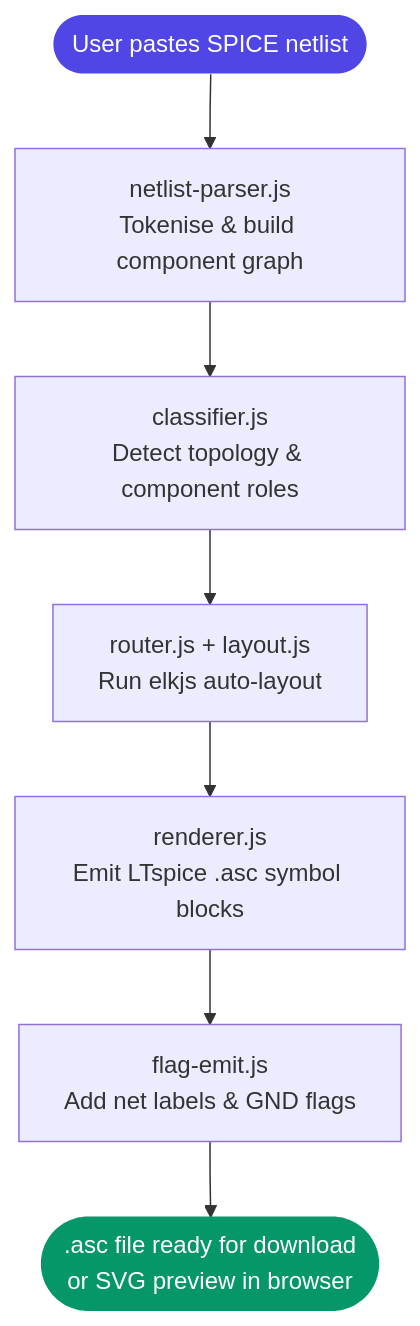
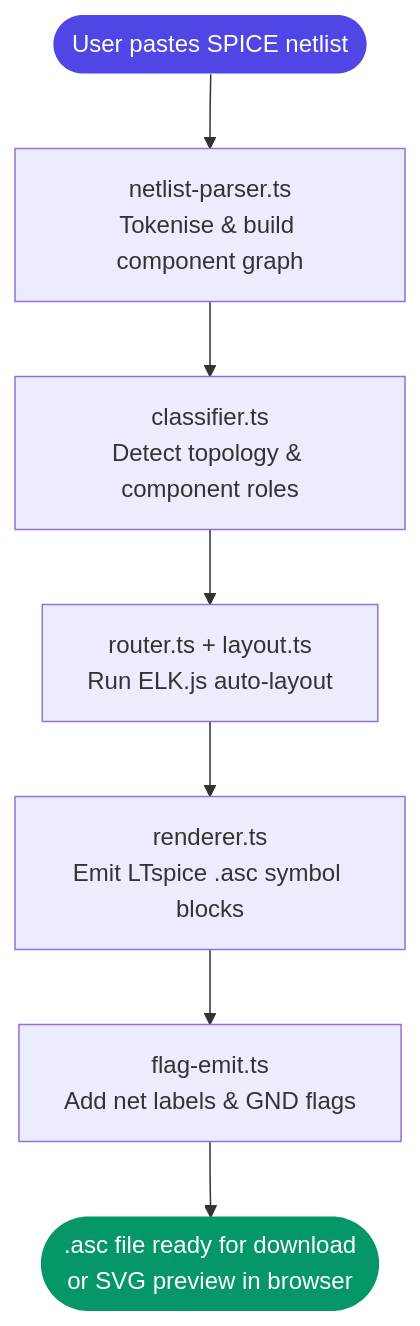
One commit to MNADITYA05/WEAVE changed the first of 2 diagrams in README.md. Above: the diagram before and after it, drawn with Mermaid. The commit also changed other lines of this file, not shown here.

````diff
--- a/README.md
+++ b/README.md
@@ -104,12 +108,12 @@
 ```mermaid
 flowchart TD
-    A([User pastes SPICE netlist]) --> B[netlist-parser.js\nTokenise & build component graph]
-    B --> C[classifier.js\nDetect topology & component roles]
-    C --> D[router.js + layout.js\nRun elkjs auto-layout]
-    D --> E[renderer.js\nEmit LTspice .asc symbol blocks]
-    E --> F[flag-emit.js\nAdd net labels & GND flags]
+    A([User pastes SPICE netlist]) --> B[netlist-parser.ts\nTokenise & build component graph]
+    B --> C[classifier.ts\nDetect topology & component roles]
+    C --> D[router.ts + layout.ts\nRun ELK.js auto-layout]
+    D --> E[renderer.ts\nEmit LTspice .asc symbol blocks]
+    E --> F[flag-emit.ts\nAdd net labels & GND flags]
     F --> G([.asc file ready for download\nor SVG preview in browser])
 
     style A fill:#4F46E5,color:#fff,stroke:none
     style G fill:#059669,color:#fff,stroke:none
 ```
````
